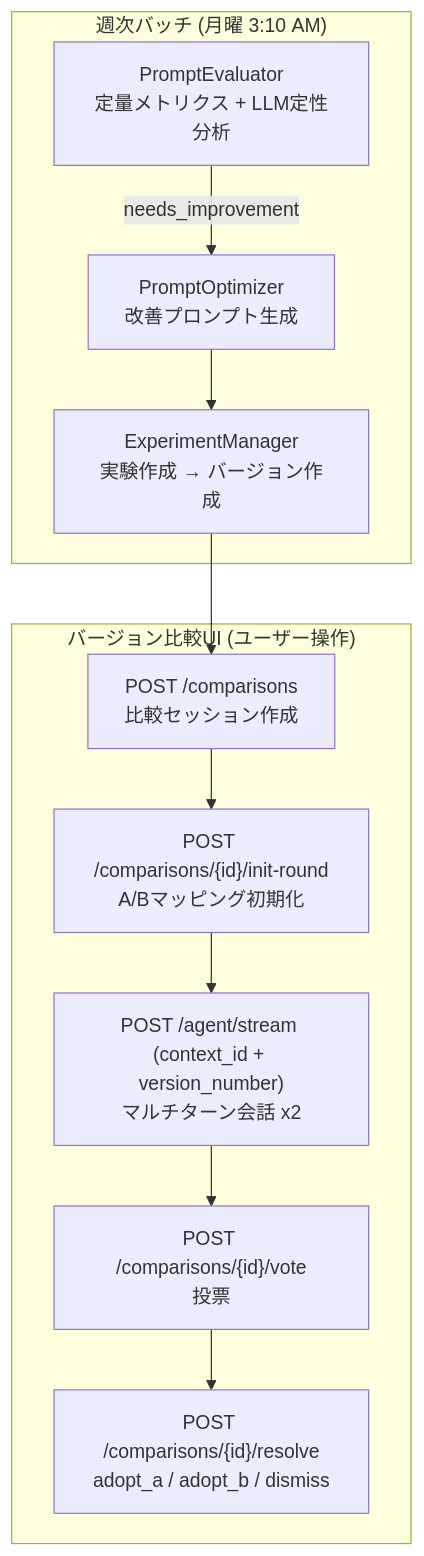
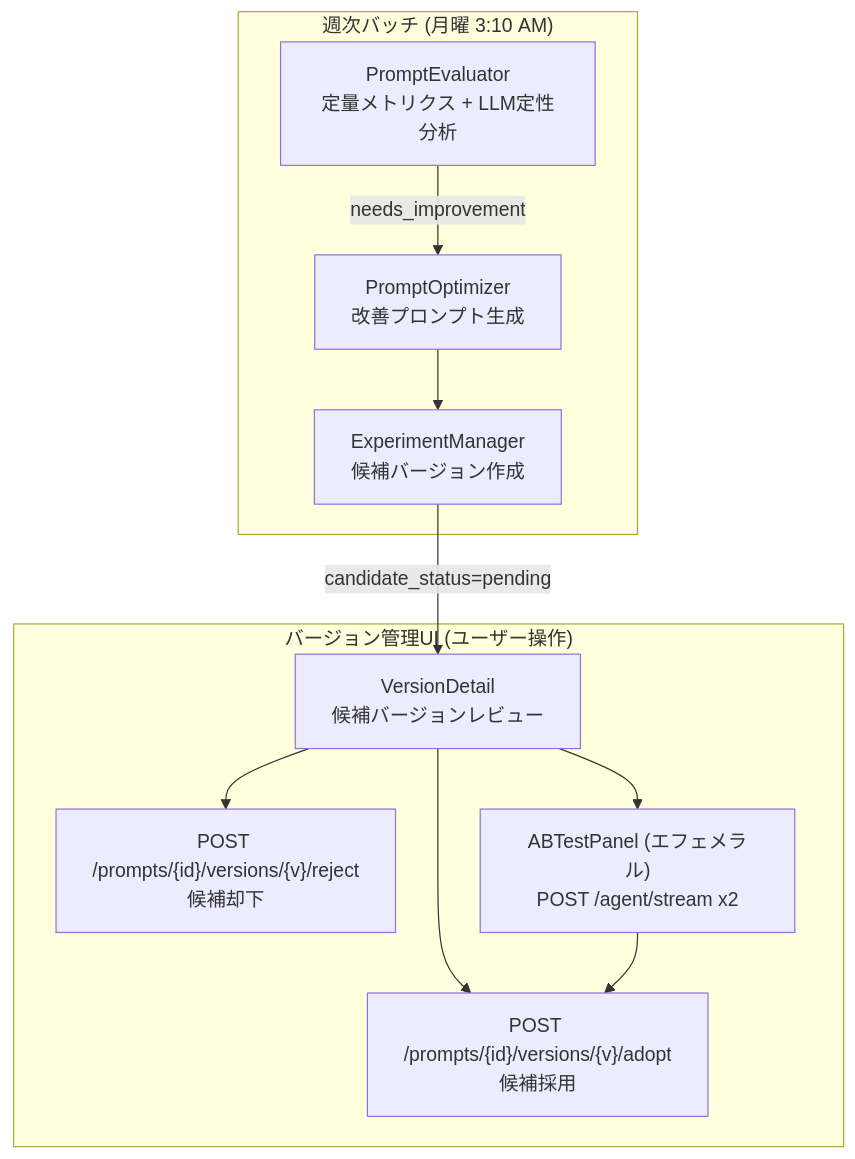
Diagram 11 of 12 in kensan-ai/ARCHITECTURE.md (yu-min3/kensan), drawn with Mermaid before and after one commit. The commit also changed other lines of this file and 64 other files, not shown here.

````diff
--- a/kensan-ai/ARCHITECTURE.md
+++ b/kensan-ai/ARCHITECTURE.md
@@ -602,24 +594,23 @@
 ```mermaid
 flowchart TB
     subgraph "週次バッチ (月曜 3:10 AM)"
         Eval["PromptEvaluator<br/>定量メトリクス + LLM定性分析"]
         Optimize["PromptOptimizer<br/>改善プロンプト生成"]
-        Experiment["ExperimentManager<br/>実験作成 → バージョン作成"]
+        Experiment["ExperimentManager<br/>候補バージョン作成"]
     end
 
-    subgraph "バージョン比較UI (ユーザー操作)"
-        Create["POST /comparisons<br/>比較セッション作成"]
-        InitRound["POST /comparisons/{id}/init-round<br/>A/Bマッピング初期化"]
-        Stream["POST /agent/stream (context_id + version_number)<br/>マルチターン会話 x2"]
-        Vote["POST /comparisons/{id}/vote<br/>投票"]
-        Resolve["POST /comparisons/{id}/resolve<br/>adopt_a / adopt_b / dismiss"]
+    subgraph "バージョン管理UI (ユーザー操作)"
+        Review["VersionDetail<br/>候補バージョンレビュー"]
+        Adopt["POST /prompts/{id}/versions/{v}/adopt<br/>候補採用"]
+        Reject["POST /prompts/{id}/versions/{v}/reject<br/>候補却下"]
+        ABTest["ABTestPanel (エフェメラル)<br/>POST /agent/stream x2"]
     end
 
     Eval -->|needs_improvement| Optimize
     Optimize --> Experiment
-    Experiment --> Create
-    Create --> InitRound
-    InitRound --> Stream
-    Stream --> Vote
-    Vote --> Resolve
+    Experiment -->|candidate_status=pending| Review
+    Review --> Adopt
+    Review --> Reject
+    Review --> ABTest
+    ABTest --> Adopt
 ```
````
